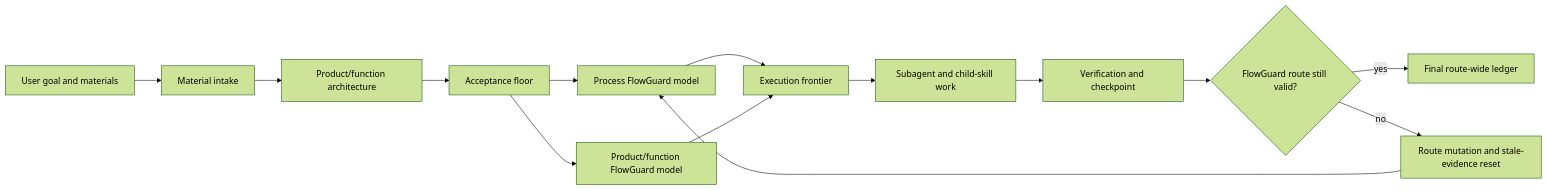
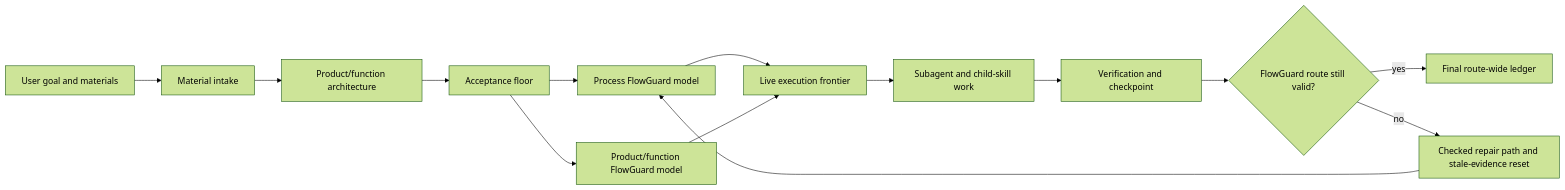
One commit to liuyingxuvka/FlowPilot changed the first of 2 diagrams in README.md. Above: the diagram before and after it, drawn with Mermaid (forest theme). The commit also changed other lines of this file and 2 other files, not shown here.

Commit message:
Clarify FlowPilot README positioning

````diff
--- a/README.md
+++ b/README.md
@@ -127,16 +164,16 @@
 ```mermaid
 flowchart LR
   A["User goal and materials"] --> B["Material intake"]
   B --> C["Product/function architecture"]
   C --> D["Acceptance floor"]
   D --> E["Process FlowGuard model"]
   D --> F["Product/function FlowGuard model"]
-  E --> G["Execution frontier"]
+  E --> G["Live execution frontier"]
   F --> G
   G --> H["Subagent and child-skill work"]
   H --> I["Verification and checkpoint"]
   I --> J{"FlowGuard route still valid?"}
   J -- "yes" --> K["Final route-wide ledger"]
-  J -- "no" --> L["Route mutation and stale-evidence reset"]
+  J -- "no" --> L["Checked repair path and stale-evidence reset"]
   L --> E
 ```
````
